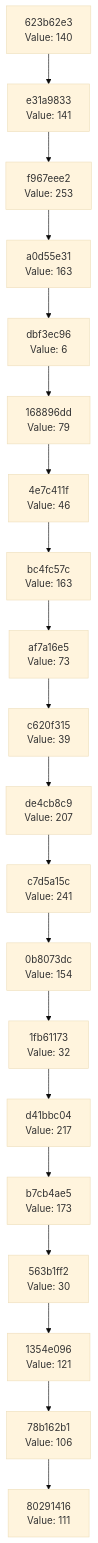
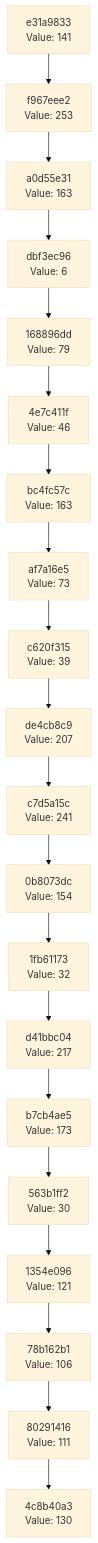
The diagram in docs/CHAIN_VISUALIZATION.md (Abhisheksinha1506/hash-chain-evolver), drawn with Mermaid (base theme) before and after one commit. The commit also changed 3 other files, not shown here.

````diff
--- a/docs/CHAIN_VISUALIZATION.md
+++ b/docs/CHAIN_VISUALIZATION.md
@@ -3,42 +3,42 @@
 ```mermaid
 graph TD
-    C0["80291416<br/>Value: 111"]
-    C1["78b162b1<br/>Value: 106"]
+    C0["4c8b40a3<br/>Value: 130"]
+    C1["80291416<br/>Value: 111"]
     C1 --> C0
-    C2["1354e096<br/>Value: 121"]
+    C2["78b162b1<br/>Value: 106"]
     C2 --> C1
-    C3["563b1ff2<br/>Value: 30"]
+    C3["1354e096<br/>Value: 121"]
     C3 --> C2
-    C4["b7cb4ae5<br/>Value: 173"]
+    C4["563b1ff2<br/>Value: 30"]
     C4 --> C3
-    C5["d41bbc04<br/>Value: 217"]
+    C5["b7cb4ae5<br/>Value: 173"]
     C5 --> C4
-    C6["1fb61173<br/>Value: 32"]
+    C6["d41bbc04<br/>Value: 217"]
     C6 --> C5
-    C7["0b8073dc<br/>Value: 154"]
+    C7["1fb61173<br/>Value: 32"]
     C7 --> C6
-    C8["c7d5a15c<br/>Value: 241"]
+    C8["0b8073dc<br/>Value: 154"]
     C8 --> C7
-    C9["de4cb8c9<br/>Value: 207"]
+    C9["c7d5a15c<br/>Value: 241"]
     C9 --> C8
-    C10["c620f315<br/>Value: 39"]
+    C10["de4cb8c9<br/>Value: 207"]
     C10 --> C9
-    C11["af7a16e5<br/>Value: 73"]
+    C11["c620f315<br/>Value: 39"]
     C11 --> C10
-    C12["bc4fc57c<br/>Value: 163"]
+    C12["af7a16e5<br/>Value: 73"]
     C12 --> C11
-    C13["4e7c411f<br/>Value: 46"]
+    C13["bc4fc57c<br/>Value: 163"]
     C13 --> C12
-    C14["168896dd<br/>Value: 79"]
+    C14["4e7c411f<br/>Value: 46"]
     C14 --> C13
-    C15["dbf3ec96<br/>Value: 6"]
+    C15["168896dd<br/>Value: 79"]
     C15 --> C14
-    C16["a0d55e31<br/>Value: 163"]
+    C16["dbf3ec96<br/>Value: 6"]
     C16 --> C15
-    C17["f967eee2<br/>Value: 253"]
+    C17["a0d55e31<br/>Value: 163"]
     C17 --> C16
-    C18["e31a9833<br/>Value: 141"]
+    C18["f967eee2<br/>Value: 253"]
     C18 --> C17
-    C19["623b62e3<br/>Value: 140"]
+    C19["e31a9833<br/>Value: 141"]
     C19 --> C18
 ```
````
